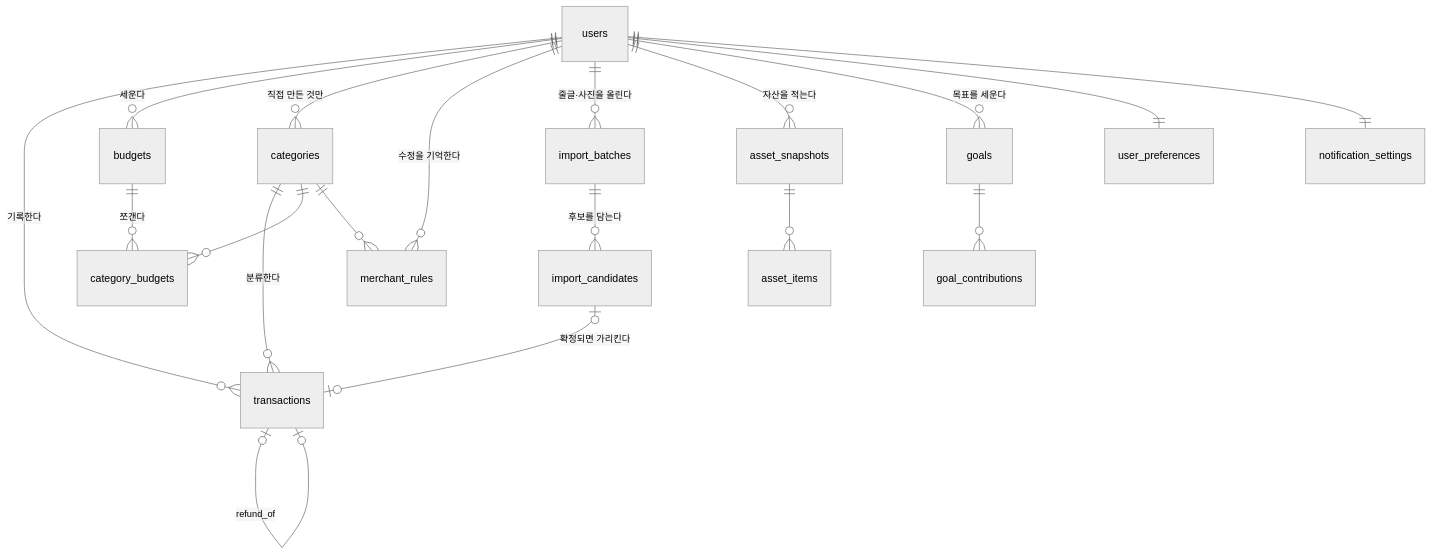
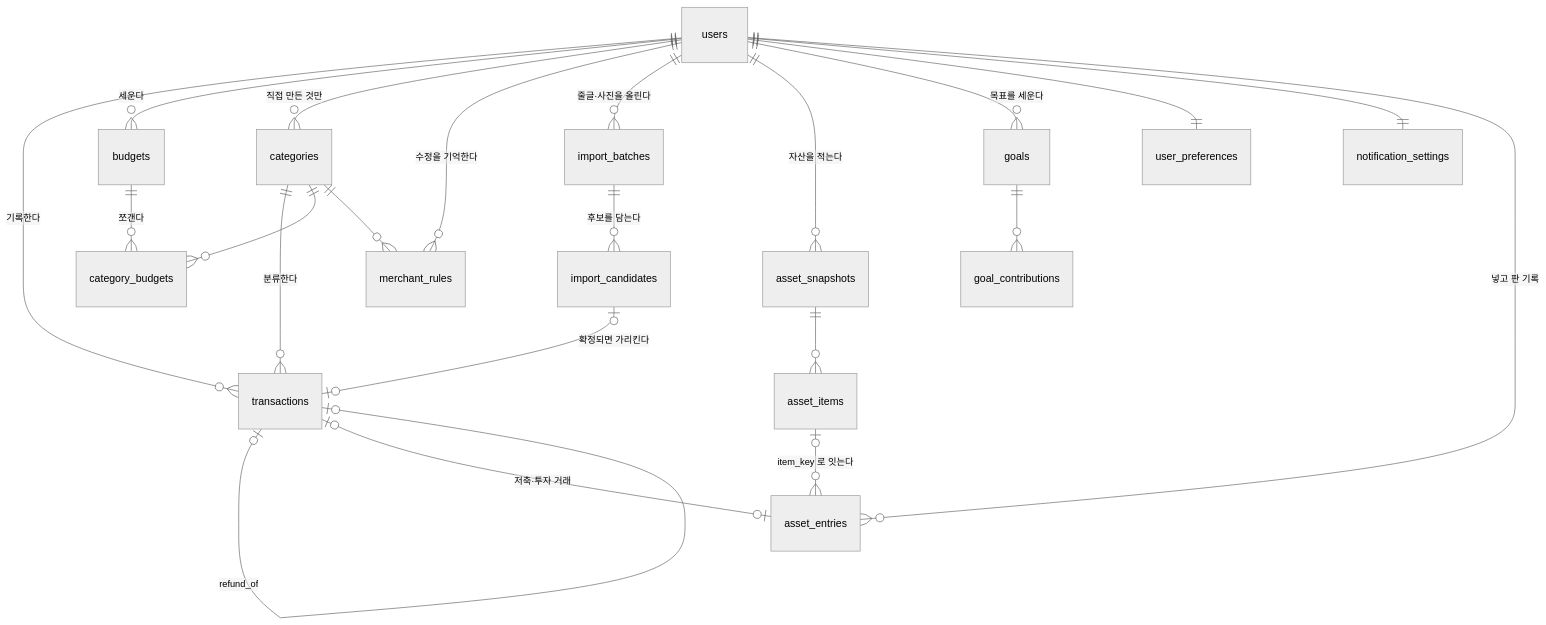
One commit to 96Hong2/pocket changed the first of 2 diagrams in docs/DATA_MODEL.md. Above: the diagram before and after it, drawn with Mermaid (neutral theme). The commit also changed other lines of this file and 179 other files, not shown here.

````diff
--- a/docs/DATA_MODEL.md
+++ b/docs/DATA_MODEL.md
@@ -41,25 +41,28 @@
 ```mermaid
 erDiagram
   users ||--o{ transactions : "기록한다"
   users ||--o{ budgets : "세운다"
   users ||--o{ categories : "직접 만든 것만"
   users ||--o{ merchant_rules : "수정을 기억한다"
   users ||--o{ import_batches : "줄글·사진을 올린다"
   users ||--o{ asset_snapshots : "자산을 적는다"
   users ||--o{ goals : "목표를 세운다"
   users ||--|| user_preferences : ""
   users ||--|| notification_settings : ""
 
   categories ||--o{ transactions : "분류한다"
   categories ||--o{ category_budgets : ""
   categories ||--o{ merchant_rules : ""
 
   budgets ||--o{ category_budgets : "쪼갠다"
 
   import_batches ||--o{ import_candidates : "후보를 담는다"
   import_candidates |o--o| transactions : "확정되면 가리킨다"
   transactions |o--o| transactions : "refund_of"
 
   asset_snapshots ||--o{ asset_items : ""
+  users ||--o{ asset_entries : "넣고 판 기록"
+  asset_items |o--o{ asset_entries : "item_key 로 잇는다"
+  transactions |o--o| asset_entries : "저축·투자 거래"
   goals ||--o{ goal_contributions : ""
 ```
````
